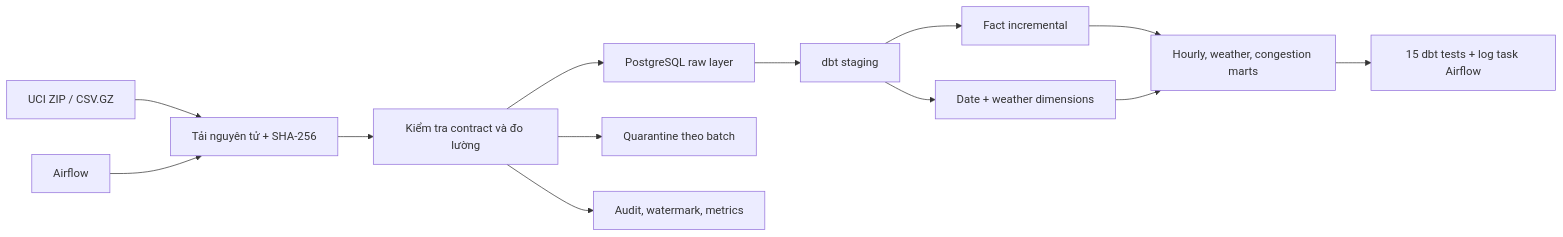
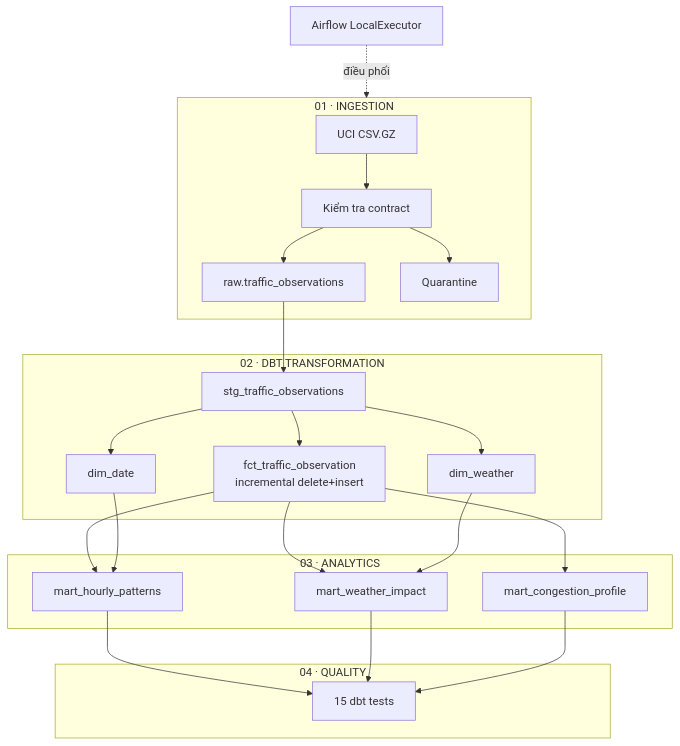
Before and after one commit to npgb2505/traffic-data-warehouse-local: the diagram in README.vi.md, drawn with Mermaid. The commit also changed other lines of this file and 2 other files, not shown here.

Commit message:
docs: distinguish traffic warehouse with dbt lineage

````diff
--- a/README.vi.md
+++ b/README.vi.md
@@ -23,15 +17,27 @@
 ```mermaid
-flowchart LR
-    A["UCI ZIP / CSV.GZ"] --> B["Tải nguyên tử + SHA-256"]
-    B --> C["Kiểm tra contract và đo lường"]
-    C --> R["PostgreSQL raw layer"]
-    C --> Q["Quarantine theo batch"]
-    R --> S["dbt staging"]
-    S --> F["Fact incremental"]
-    S --> D["Date + weather dimensions"]
-    F --> M["Hourly, weather, congestion marts"]
-    D --> M
-    M --> T["15 dbt tests + log task Airflow"]
-    C --> O["Audit, watermark, metrics"]
-    AF["Airflow"] --> B
+flowchart TB
+    subgraph INGEST["01 · INGESTION"]
+      A["UCI CSV.GZ"] --> B["Kiểm tra contract"]
+      B --> R["raw.traffic_observations"]
+      B --> Q["Quarantine"]
+    end
+    subgraph MODEL["02 · DBT TRANSFORMATION"]
+      R --> S["stg_traffic_observations"]
+      S --> F["fct_traffic_observation<br/>incremental delete+insert"]
+      S --> DD["dim_date"]
+      S --> DW["dim_weather"]
+    end
+    subgraph SERVE["03 · ANALYTICS"]
+      F --> H["mart_hourly_patterns"]
+      F --> W["mart_weather_impact"]
+      F --> C["mart_congestion_profile"]
+      DD --> H
+      DW --> W
+    end
+    subgraph ASSURE["04 · QUALITY"]
+      H --> T["15 dbt tests"]
+      W --> T
+      C --> T
+    end
+    AF["Airflow LocalExecutor"] -. điều phối .-> INGEST
 ```
````
